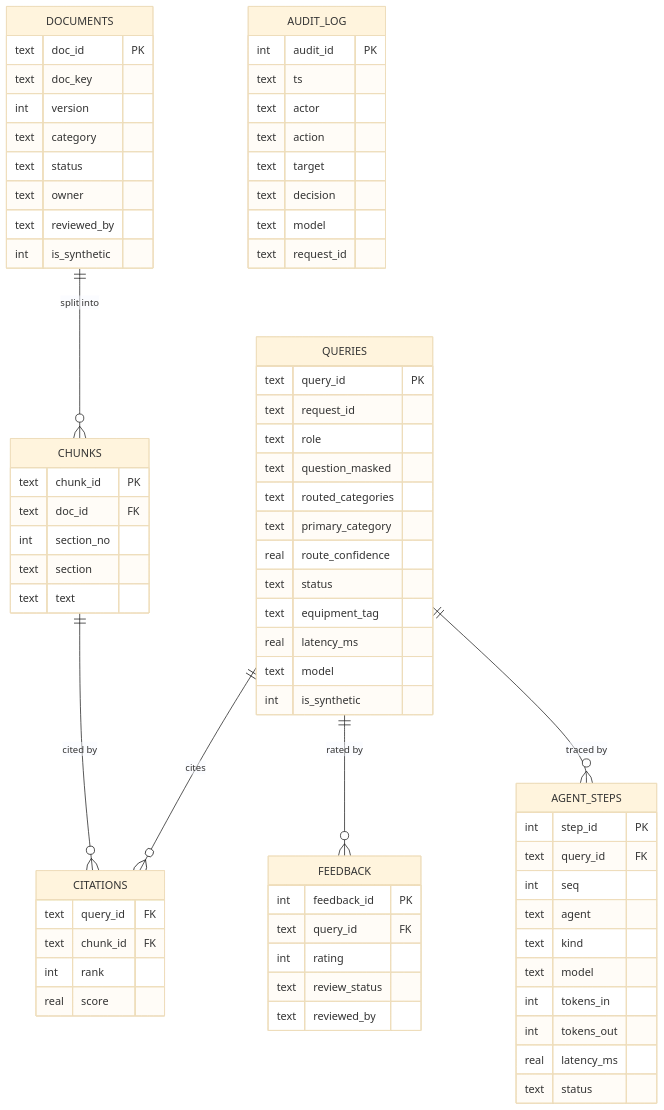
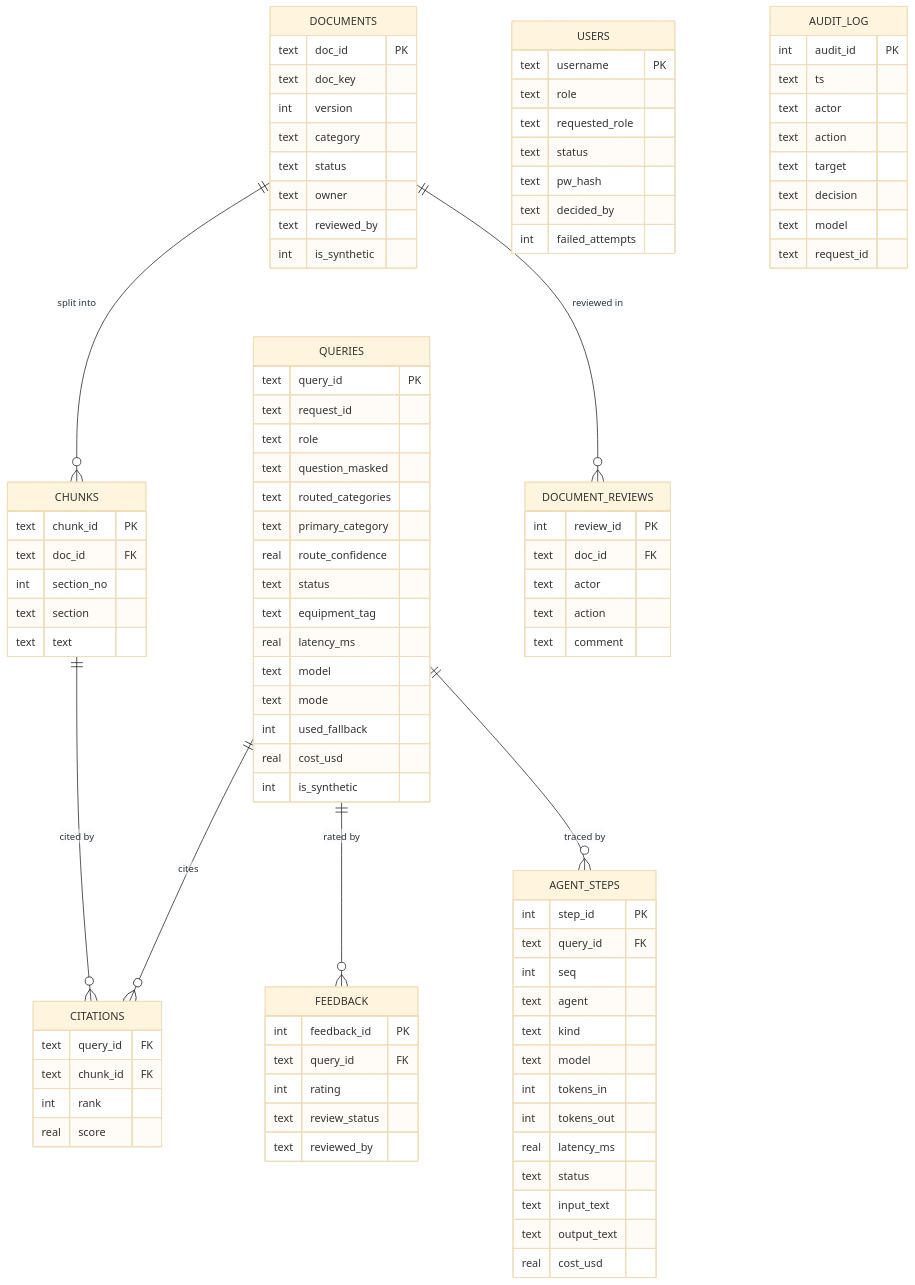
One commit to hemach-git/MIKRA changed the diagram in docs/data_model.md. Above: the diagram before and after it, drawn with Mermaid (base theme). The commit also changed other lines of this file and 40 other files, not shown here.

First line of the commit message:
Add trace storage, Traces & logs view, document advise flow, users and sign-in

```diff
--- a/docs/data_model.md
+++ b/docs/data_model.md
@@ -12,6 +12,7 @@
   CHUNKS ||--o{ CITATIONS : "cited by"
   QUERIES ||--o{ FEEDBACK : "rated by"
   QUERIES ||--o{ AGENT_STEPS : "traced by"
+  DOCUMENTS ||--o{ DOCUMENT_REVIEWS : "reviewed in"
   DOCUMENTS {
     text doc_id PK
     text doc_key
@@ -41,6 +42,9 @@
     text equipment_tag
     real latency_ms
     text model
+    text mode
+    int used_fallback
+    real cost_usd
     int is_synthetic
   }
   CITATIONS {
@@ -67,6 +71,25 @@
     int tokens_out
     real latency_ms
     text status
+    text input_text
+    text output_text
+    real cost_usd
+  }
+  DOCUMENT_REVIEWS {
+    int review_id PK
+    text doc_id FK
+    text actor
+    text action
+    text comment
+  }
+  USERS {
+    text username PK
+    text role
+    text requested_role
+    text status
+    text pw_hash
+    text decided_by
+    int failed_attempts
   }
   AUDIT_LOG {
     int audit_id PK
```
